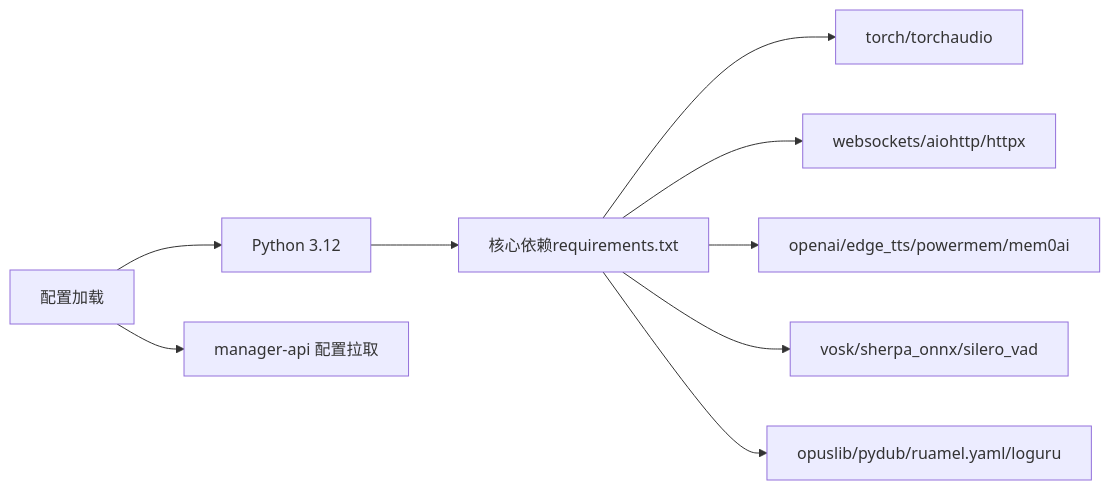
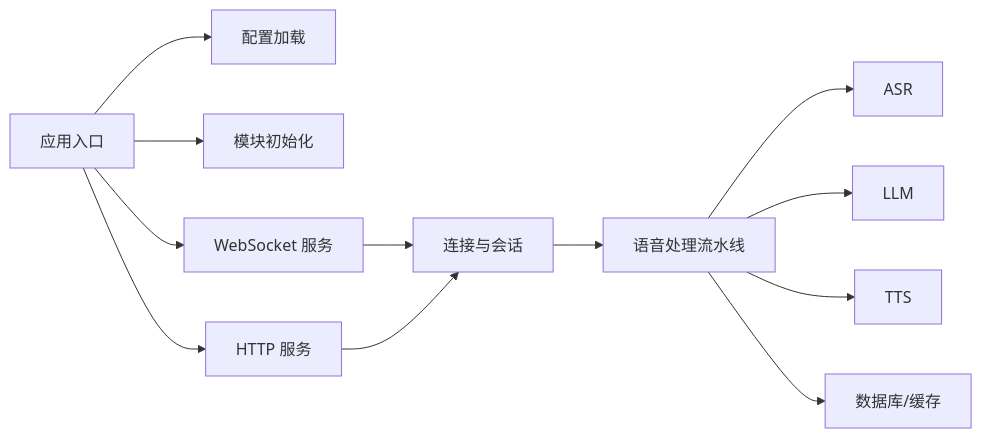
One commit to haixinke/xiaozhi-esp32-server changed the fourth of 4 diagrams in .qoder/repowiki/zh/content/项目概述/项目介绍.md. Above: the diagram before and after it, drawn with Mermaid. The commit also changed other lines of this file and 557 other files, not shown here.

````diff
--- a/.qoder/repowiki/zh/content/项目概述/项目介绍.md
+++ b/.qoder/repowiki/zh/content/项目概述/项目介绍.md
@@ -219,11 +269,14 @@
 ```mermaid
 graph LR
-Py["Python 3.12"] --> Deps["核心依赖requirements.txt"]
-Deps --> Torch["torch/torchaudio"]
-Deps --> Net["websockets/aiohttp/httpx"]
-Deps --> AI["openai/edge_tts/powermem/mem0ai"]
-Deps --> ASRVAD["vosk/sherpa_onnx/silero_vad"]
-Deps --> Utils["opuslib/pydub/ruamel.yaml/loguru"]
-XCfg["配置加载"] --> Py
-XCfg --> MApi["manager-api 配置拉取"]
+App["应用入口"] --> Config["配置加载"]
+App --> Init["模块初始化"]
+App --> WS["WebSocket 服务"]
+App --> HTTP["HTTP 服务"]
+WS --> Conn["连接与会话"]
+HTTP --> Conn
+Conn --> Pipe["语音处理流水线"]
+Pipe --> ASR["ASR"]
+Pipe --> LLM["LLM"]
+Pipe --> TTS["TTS"]
+Pipe --> DB["数据库/缓存"]
 ```
````
